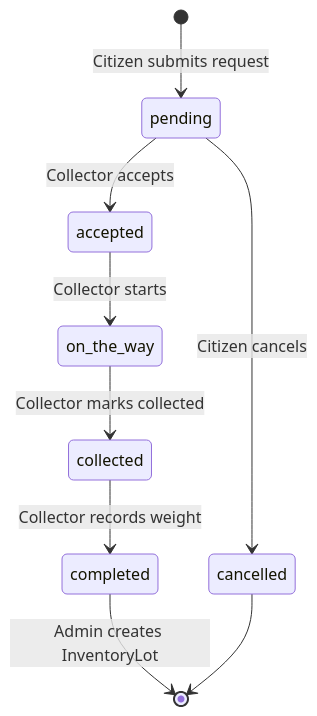
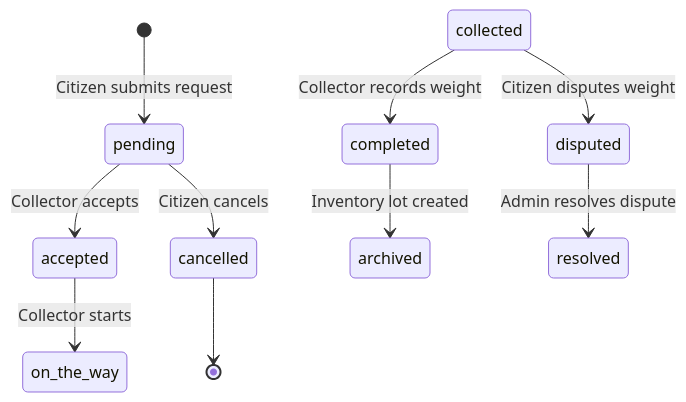
Before and after one commit to Subhajitdas99/waste-iq: the diagram in README.md, drawn with Mermaid. The commit also changed other lines of this file and 1 other file, not shown here.

````diff
--- a/README.md
+++ b/README.md
@@ -119,11 +247,12 @@
 ```mermaid
 stateDiagram-v2
     [*] --> pending: Citizen submits request
     pending --> accepted: Collector accepts
     pending --> cancelled: Citizen cancels
     accepted --> on_the_way: Collector starts
-    on_the_way --> collected: Collector marks collected
     collected --> completed: Collector records weight
-    completed --> [*]: Admin creates InventoryLot
+    completed --> archived: Inventory lot created
+    collected --> disputed: Citizen disputes weight
+    disputed --> resolved: Admin resolves dispute
     cancelled --> [*]
 ```
````
